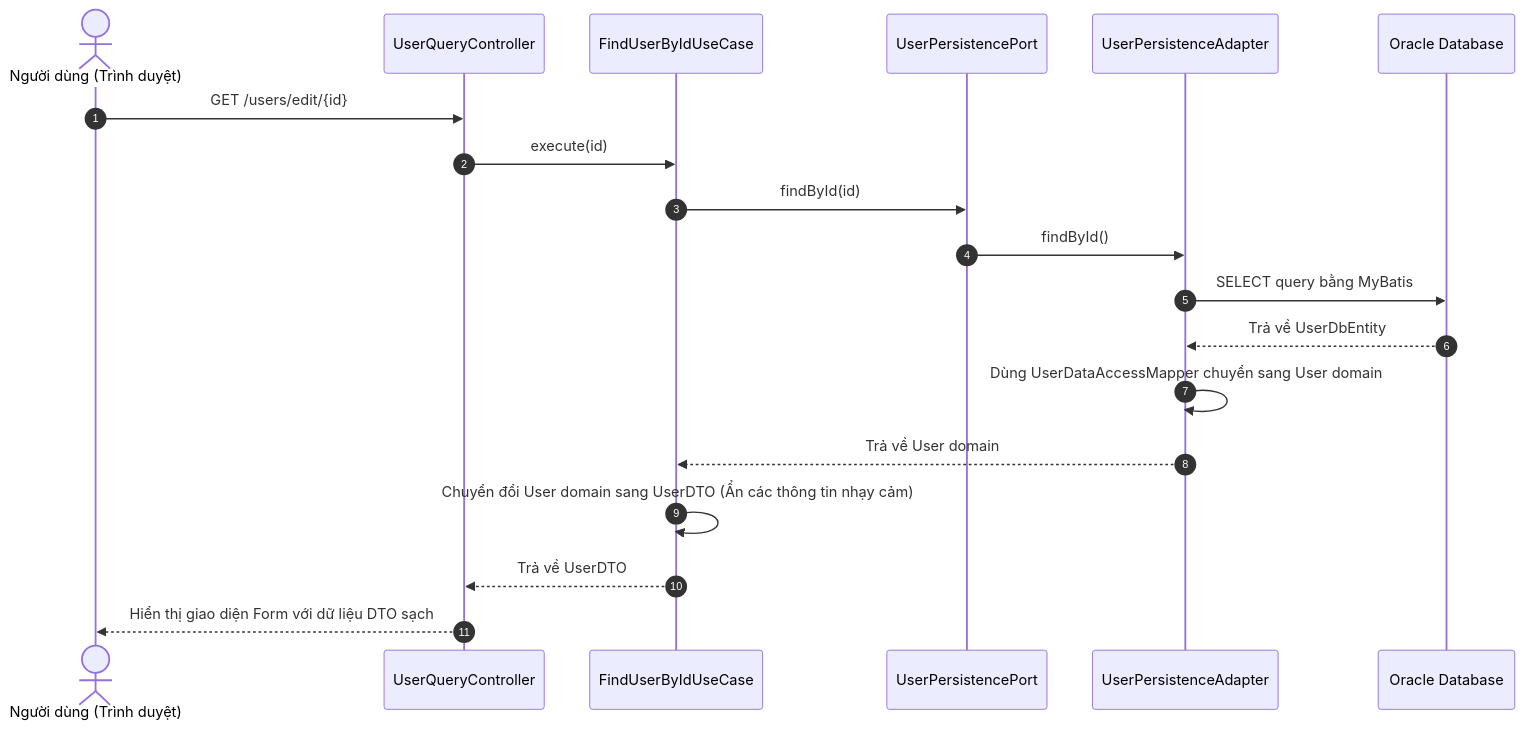
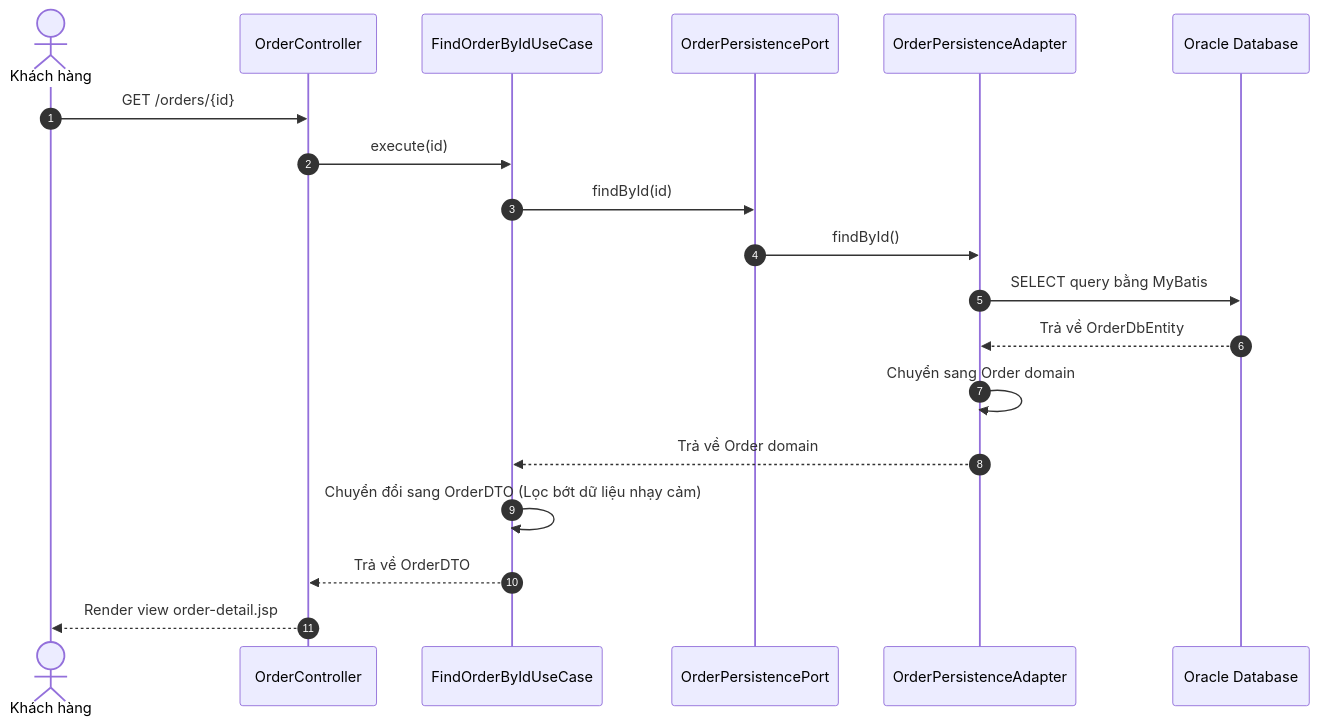
One commit to daiphu1801/SpringMVC-learning changed the second of 2 diagrams in docs/architecture.md. Above: the diagram before and after it, drawn with Mermaid. The commit also changed other lines of this file and 289 other files, not shown here.

````diff
--- a/docs/architecture.md
+++ b/docs/architecture.md
@@ -125,22 +170,22 @@
 ```mermaid
 sequenceDiagram
     autonumber
-    actor Client as Người dùng (Trình duyệt)
-    participant Ctrl as UserQueryController
-    participant UC as FindUserByIdUseCase
-    participant Port as UserPersistencePort
-    participant Adapt as UserPersistenceAdapter
+    actor Client as Khách hàng
+    participant Ctrl as OrderController
+    participant UC as FindOrderByIdUseCase
+    participant Port as OrderPersistencePort
+    participant Adapt as OrderPersistenceAdapter
     participant DB as Oracle Database
 
-    Client->>Ctrl: GET /users/edit/{id}
+    Client->>Ctrl: GET /orders/{id}
     Ctrl->>UC: execute(id)
     UC->>Port: findById(id)
     Port->>Adapt: findById()
     Adapt->>DB: SELECT query bằng MyBatis
-    DB-->>Adapt: Trả về UserDbEntity
-    Adapt->>Adapt: Dùng UserDataAccessMapper chuyển sang User domain
-    Adapt-->>UC: Trả về User domain
-    UC->>UC: Chuyển đổi User domain sang UserDTO (Ẩn các thông tin nhạy cảm)
-    UC-->>Ctrl: Trả về UserDTO
-    Ctrl-->>Client: Hiển thị giao diện Form với dữ liệu DTO sạch
+    DB-->>Adapt: Trả về OrderDbEntity
+    Adapt->>Adapt: Chuyển sang Order domain
+    Adapt-->>UC: Trả về Order domain
+    UC->>UC: Chuyển đổi sang OrderDTO (Lọc bớt dữ liệu nhạy cảm)
+    UC-->>Ctrl: Trả về OrderDTO
+    Ctrl-->>Client: Render view order-detail.jsp
 ```
````
